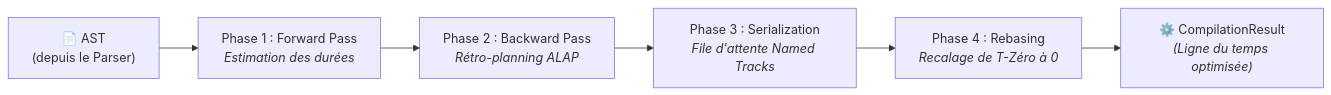
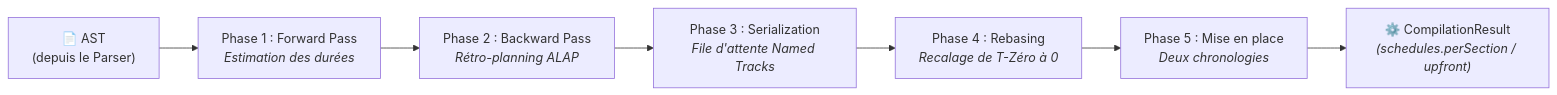
The diagram in packages/docs/src/content/docs/fr/docs/explanation/engine/kitchen.md (gram-lang/gram), drawn with Mermaid before and after one commit. The commit also changed other lines of this file and 35 other files, not shown here.

Commit message:
docs: document mise en place scheduling and the deprecated timing fields

````diff
--- a/packages/docs/src/content/docs/fr/docs/explanation/engine/kitchen.md
+++ b/packages/docs/src/content/docs/fr/docs/explanation/engine/kitchen.md
@@ -26,8 +27,9 @@
 ```mermaid
 flowchart LR
     AST["📄 AST<br/>(depuis le Parser)"] --> P1["Phase 1 : Forward Pass<br/><i>Estimation des durées</i>"]
     P1 --> P2["Phase 2 : Backward Pass<br/><i>Rétro-planning ALAP</i>"]
     P2 --> P3["Phase 3 : Serialization<br/><i>File d'attente Named Tracks</i>"]
     P3 --> P4["Phase 4 : Rebasing<br/><i>Recalage de T-Zéro à 0</i>"]
-    P4 --> Result["⚙️ CompilationResult<br/><i>(Ligne du temps optimisée)</i>"]
+    P4 --> P5["Phase 5 : Mise en place<br/><i>Deux chronologies</i>"]
+    P5 --> Result["⚙️ CompilationResult<br/><i>(schedules.perSection / upfront)</i>"]
 ```
````
